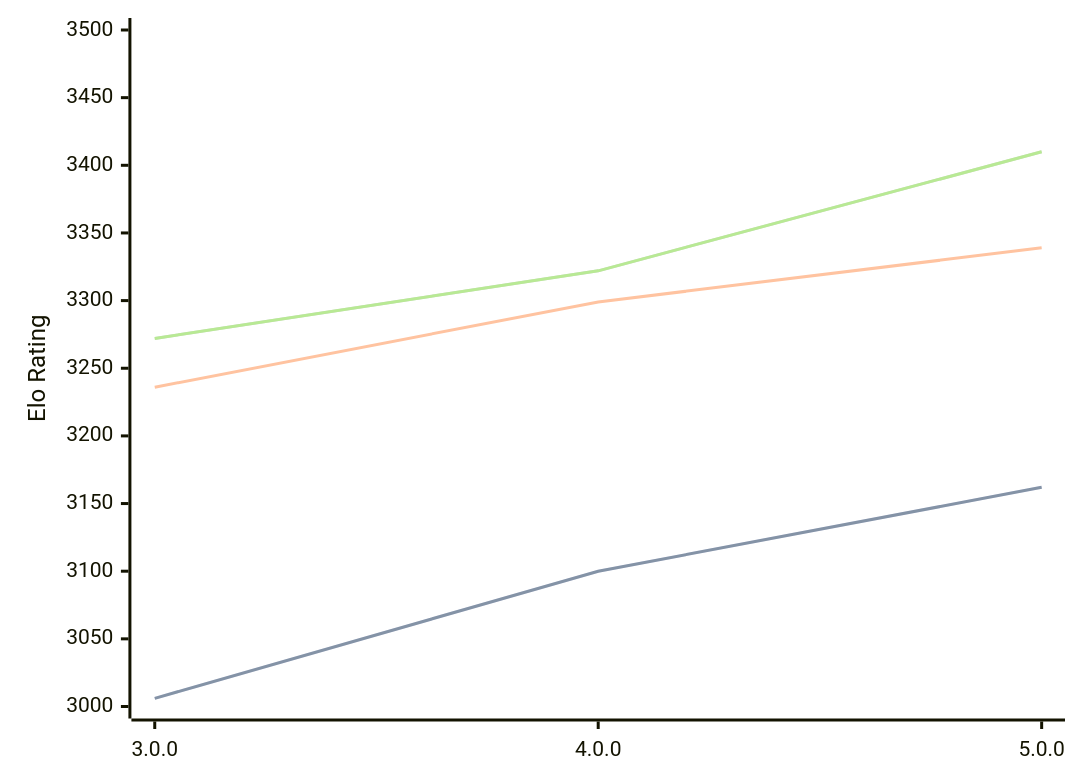
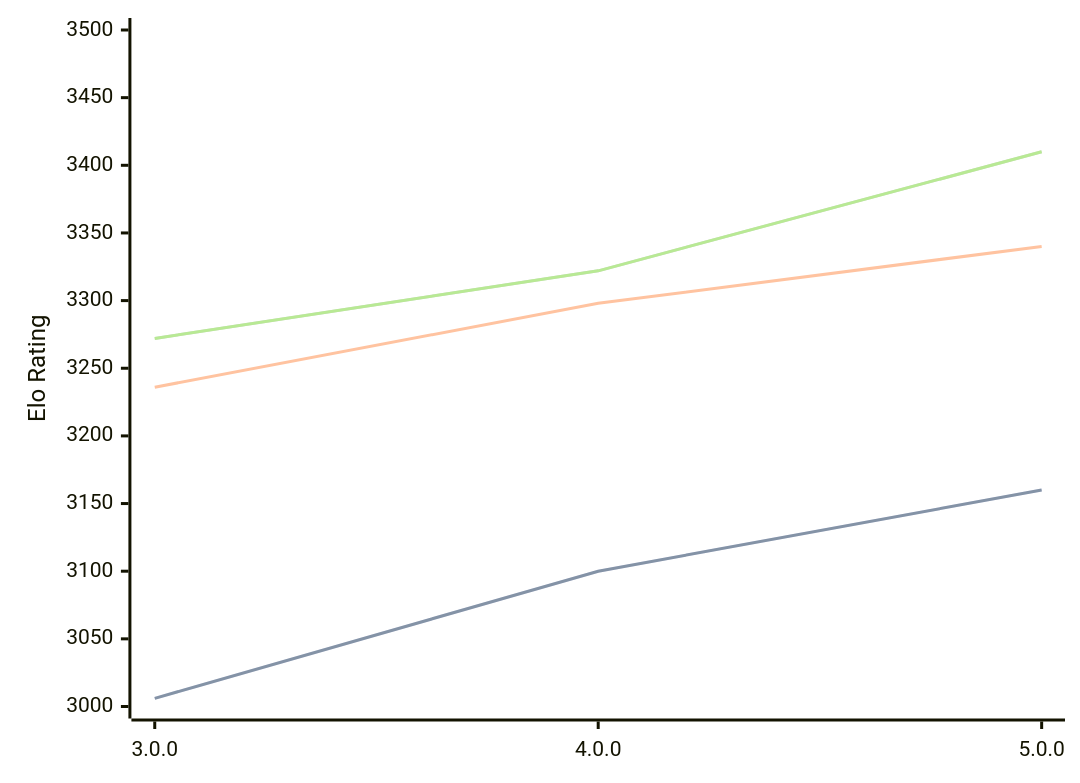
One commit to computer-chess-index/cci changed the diagram in engines/Minke.md. Above: the diagram before and after it, drawn with Mermaid. The commit also changed other lines of this file, not shown here.

Commit message:
Update CCI Ratings (ELO VLTC) - 2026-04-07

````diff
--- a/engines/Minke.md
+++ b/engines/Minke.md
@@ -35,11 +35,11 @@
 ```mermaid
 %%{init: {"theme":"base","themeVariables":{"seriesColors:['#a3a3a3','#222221','#faa371']}}}%%
 xychart-beta
   x-axis ["3.0.0", "4.0.0", "5.0.0"]
   y-axis "Elo Rating" 3000 --> 3500
-  line "STC (8.0+0.08s)" [3006, 3100, 3162]
-  line "STC (8.0+0.08s)" [3006, 3100, 3162]
-  line "LTC (60.0+0.60s)" [3236, 3299, 3339]
+  line "STC (8.0+0.08s)" [3006, 3100, 3160]
+  line "STC (8.0+0.08s)" [3006, 3100, 3160]
+  line "LTC (60.0+0.60s)" [3236, 3298, 3340]
   line "VLTC (2m24s+1.12s)" [3272, 3322, 3410]
   line "VLTC (2m24s+1.12s)" [3272, 3322, 3410]
 ```
````
